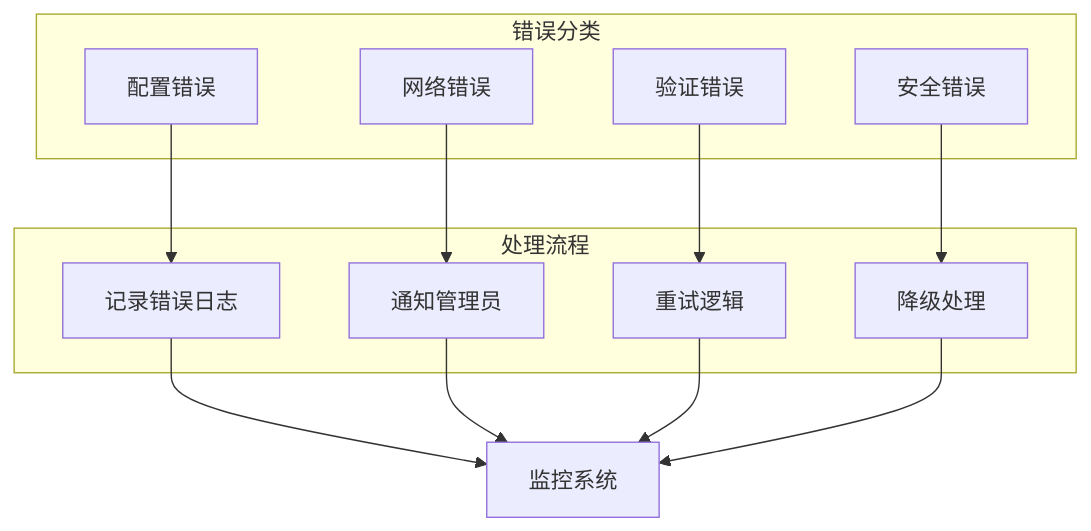
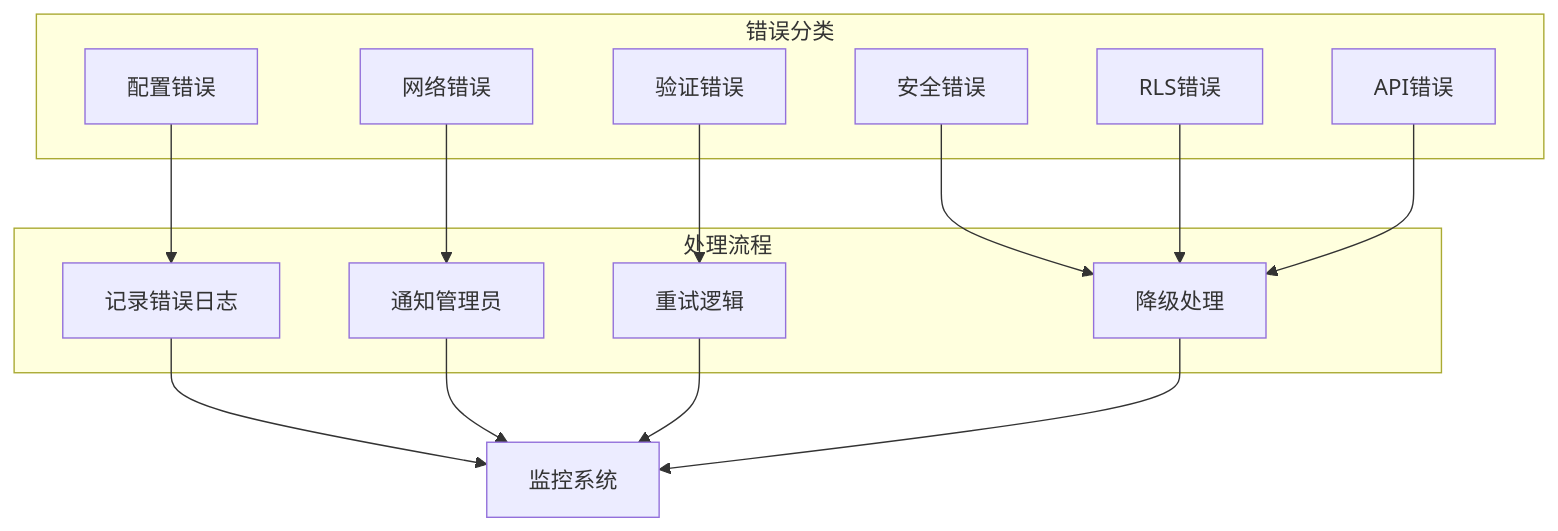
One commit to CryptoLinxu/Web3-AI-Agent changed diagram 12 of 12 in .qoder/repowiki/zh/content/风险控制与安全/安全增强系统.md. Above: the diagram before and after it, drawn with Mermaid. The commit also changed other lines of this file and 11 other files, not shown here.

````diff
--- a/.qoder/repowiki/zh/content/风险控制与安全/安全增强系统.md
+++ b/.qoder/repowiki/zh/content/风险控制与安全/安全增强系统.md
@@ -429,23 +566,27 @@
 ```mermaid
 graph TB
 subgraph "错误分类"
 ConfigError[配置错误]
 NetworkError[网络错误]
 ValidationError[验证错误]
 SecurityError[安全错误]
+RLSError[RLS错误]
+APIError[API错误]
 end
 subgraph "处理流程"
 LogError[记录错误日志]
 NotifyAdmin[通知管理员]
 RetryLogic[重试逻辑]
 Fallback[降级处理]
 end
 ConfigError --> LogError
 NetworkError --> NotifyAdmin
 ValidationError --> RetryLogic
 SecurityError --> Fallback
+RLSError --> Fallback
+APIError --> Fallback
 LogError --> Monitor[监控系统]
 NotifyAdmin --> Monitor
 RetryLogic --> Monitor
 Fallback --> Monitor
 ```
````
